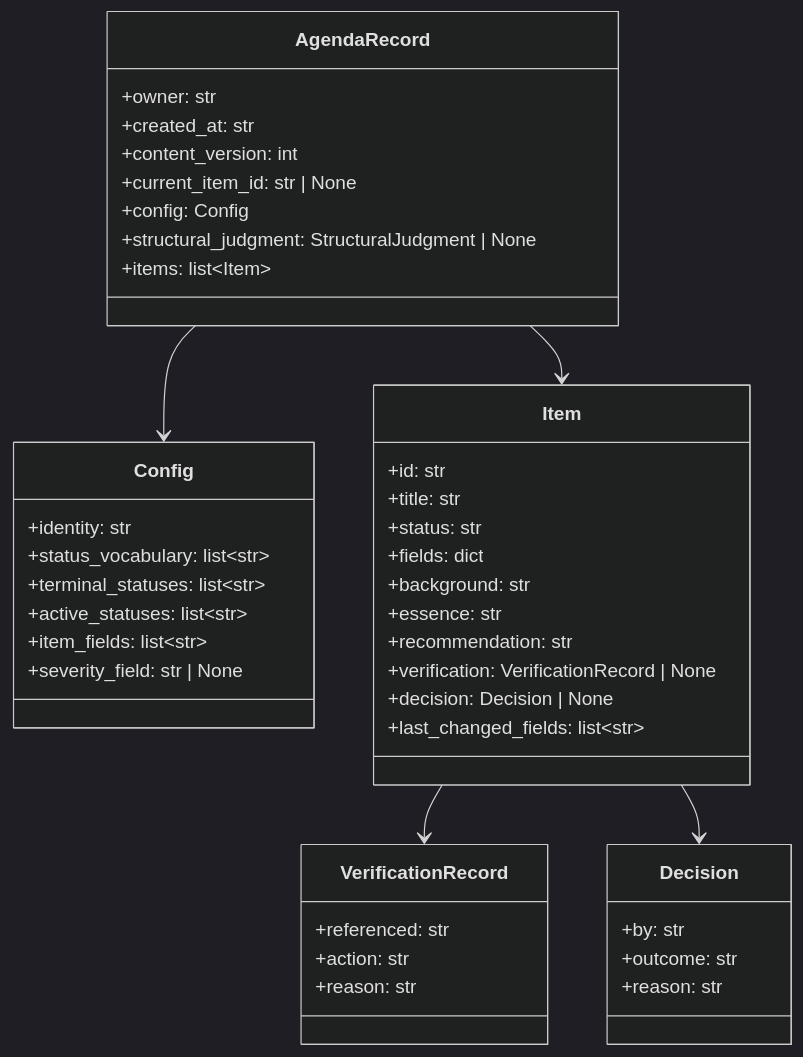
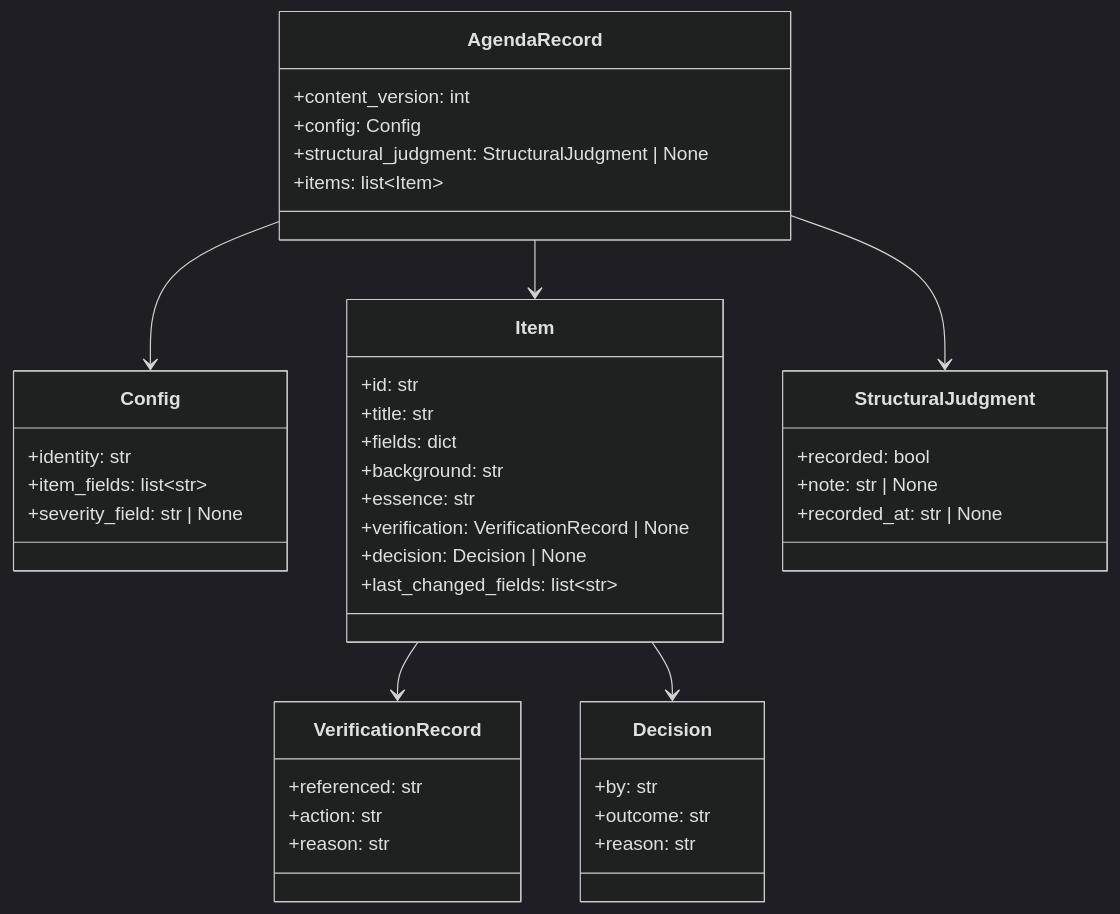
Before and after one commit to BlueEventHorizon/bw-cc-plugins: the second of 3 diagrams in docs/specs/consult/agenda/design/DES-075_agenda_mechanism_design.md, drawn with Mermaid (dark theme). The commit also changed other lines of this file and 12 other files, not shown here.

````diff
--- a/docs/specs/consult/agenda/design/DES-075_agenda_mechanism_design.md
+++ b/docs/specs/consult/agenda/design/DES-075_agenda_mechanism_design.md
@@ -69,46 +71,44 @@
 ```mermaid
 classDiagram
     class AgendaRecord {
-        +owner: str
-        +created_at: str
         +content_version: int
-        +current_item_id: str | None
         +config: Config
         +structural_judgment: StructuralJudgment | None
         +items: list~Item~
     }
     class Config {
         +identity: str
-        +status_vocabulary: list~str~
-        +terminal_statuses: list~str~
-        +active_statuses: list~str~
         +item_fields: list~str~
         +severity_field: str | None
     }
     class Item {
         +id: str
         +title: str
-        +status: str
         +fields: dict
         +background: str
         +essence: str
-        +recommendation: str
         +verification: VerificationRecord | None
         +decision: Decision | None
         +last_changed_fields: list~str~
     }
     class VerificationRecord {
         +referenced: str
         +action: str
         +reason: str
     }
     class Decision {
         +by: str
         +outcome: str
         +reason: str
     }
+    class StructuralJudgment {
+        +recorded: bool
+        +note: str | None
+        +recorded_at: str | None
+    }
     AgendaRecord --> Config
     AgendaRecord --> Item
+    AgendaRecord --> StructuralJudgment
     Item --> VerificationRecord
     Item --> Decision
 ```
````
